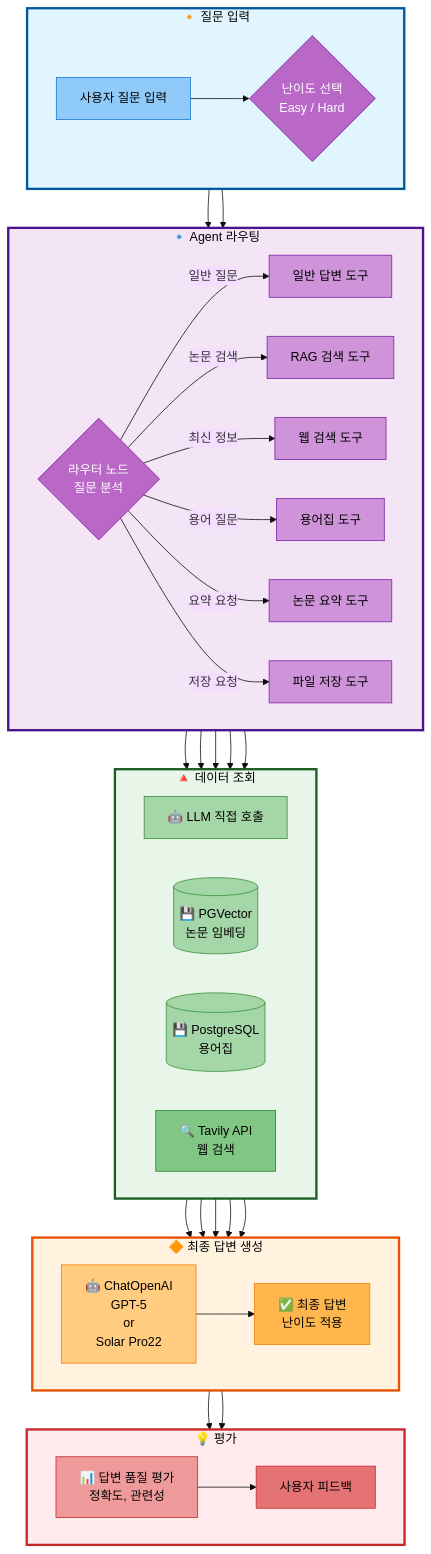
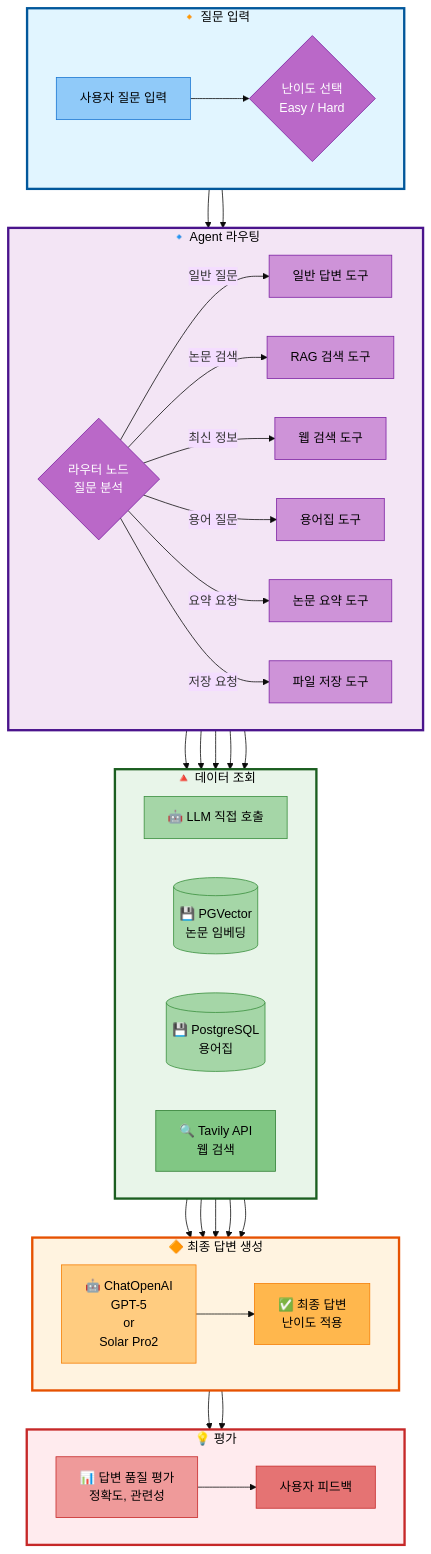
Before and after one commit to AIBootcamp14/langchainproject-new-langchainproject_5: the first of 3 diagrams in docs/minutes/20251030/20251030_멘토링.md, drawn with Mermaid (base theme). The commit also changed other lines of this file, not shown here.

Commit message:
chore: Solar Pro22->Solar Pro2로 오타 수정

````diff
--- a/docs/minutes/20251030/20251030_멘토링.md
+++ b/docs/minutes/20251030/20251030_멘토링.md
@@ -45,81 +45,81 @@
 ```mermaid
 graph TB
     subgraph Input["🔸 질문 입력"]
         direction LR
         User[사용자 질문 입력] --> Difficulty{난이도 선택<br/>Easy / Hard}
     end
 
     subgraph AgentProcessing["🔹 Agent 라우팅"]
         direction LR
         Difficulty --> Router{라우터 노드<br/>질문 분석}
         Router -->|일반 질문| GeneralTool[일반 답변 도구]
         Router -->|논문 검색| RAGTool[RAG 검색 도구]
         Router -->|최신 정보| WebTool[웹 검색 도구]
         Router -->|용어 질문| GlossaryTool[용어집 도구]
         Router -->|요약 요청| SummarizeTool[논문 요약 도구]
         Router -->|저장 요청| SaveTool[파일 저장 도구]
     end
 
     subgraph DataRetrieval["🔺 데이터 조회"]
         direction LR
         GeneralTool --> LLMDirect[🤖 LLM 직접 호출]
         RAGTool --> VectorDB[(💾 PGVector<br/>논문 임베딩)]
         GlossaryTool --> PostgreSQL[(💾 PostgreSQL<br/>용어집)]
         WebTool --> TavilyAPI[🔍 Tavily API<br/>웹 검색]
     end
 
     subgraph ResponseGen["🔶 최종 답변 생성"]
         direction LR
-        LLMDirect --> LLM["🤖 ChatOpenAI<br>GPT-5<br>or<br>Solar Pro22"]
+        LLMDirect --> LLM["🤖 ChatOpenAI<br>GPT-5<br>or<br>Solar Pro2"]
         VectorDB --> LLM
         PostgreSQL --> LLM
         TavilyAPI --> LLM
         LLM --> Answer[✅ 최종 답변<br/>난이도 적용]
     end
 
     subgraph Evaluation["💡 평가"]
         direction LR
         Answer --> Eval[📊 답변 품질 평가<br/>정확도, 관련성]
         Eval --> UserFeedback[사용자 피드백]
     end
 
     %% 단계 간 연결
     Input --> AgentProcessing
     AgentProcessing --> DataRetrieval
     DataRetrieval --> ResponseGen
     ResponseGen --> Evaluation
 
     %% Subgraph 스타일
     style Input fill:#e1f5ff,stroke:#01579b,stroke-width:3px,color:#000
     style AgentProcessing fill:#f3e5f5,stroke:#4a148c,stroke-width:3px,color:#000
     style DataRetrieval fill:#e8f5e9,stroke:#1b5e20,stroke-width:3px,color:#000
     style ResponseGen fill:#fff3e0,stroke:#e65100,stroke-width:3px,color:#000
     style Evaluation fill:#ffebee,stroke:#c62828,stroke-width:3px,color:#000
 
     %% 노드 스타일 (입력 - 파랑 계열)
     style User fill:#90caf9,stroke:#1976d2,color:#000
     style Difficulty fill:#ba68c8,stroke:#7b1fa2,color:#fff
 
     %% 노드 스타일 (Agent - 보라 계열)
     style Router fill:#ba68c8,stroke:#7b1fa2,color:#fff
     style GeneralTool fill:#ce93d8,stroke:#7b1fa2,color:#000
     style RAGTool fill:#ce93d8,stroke:#7b1fa2,color:#000
     style WebTool fill:#ce93d8,stroke:#7b1fa2,color:#000
     style GlossaryTool fill:#ce93d8,stroke:#7b1fa2,color:#000
     style SummarizeTool fill:#ce93d8,stroke:#7b1fa2,color:#000
     style SaveTool fill:#ce93d8,stroke:#7b1fa2,color:#000
 
     %% 노드 스타일 (데이터 조회 - 녹색 계열)
     style LLMDirect fill:#a5d6a7,stroke:#388e3c,color:#000
     style VectorDB fill:#a5d6a7,stroke:#388e3c,color:#000
     style PostgreSQL fill:#a5d6a7,stroke:#388e3c,color:#000
     style TavilyAPI fill:#81c784,stroke:#2e7d32,color:#000
 
     %% 노드 스타일 (답변 생성 - 주황 계열)
     style LLM fill:#ffcc80,stroke:#f57c00,color:#000
     style Answer fill:#ffb74d,stroke:#f57c00,color:#000
 
     %% 노드 스타일 (평가 - 빨강 계열)
     style Eval fill:#ef9a9a,stroke:#c62828,color:#000
     style UserFeedback fill:#e57373,stroke:#c62828,color:#000
 ```
````
